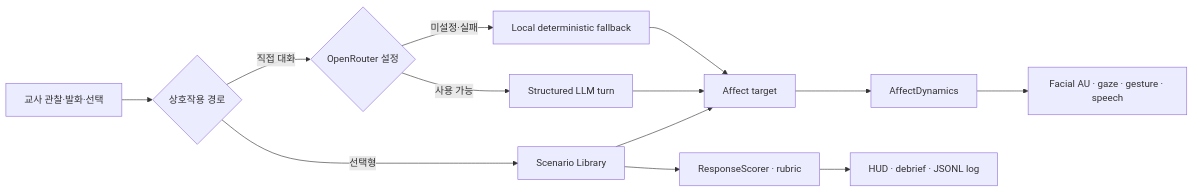
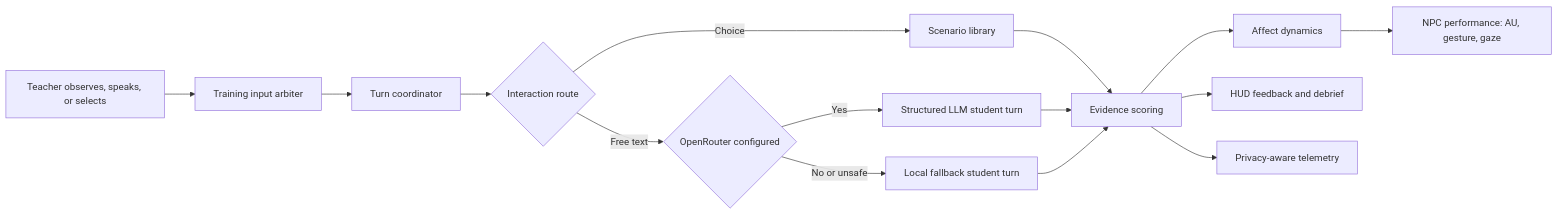
One commit to Educatian/korean-classroom-ai-teacher-training-sim changed the diagram in README.md. Above: the diagram before and after it, drawn with Mermaid. The commit also changed other lines of this file and 126 other files, not shown here.

````diff
--- a/README.md
+++ b/README.md
@@ -248,15 +193,17 @@
 ```mermaid
 flowchart LR
-    A["교사 관찰·발화·선택"] --> B{"상호작용 경로"}
-    B -->|"선택형"| C["Scenario Library"]
-    B -->|"직접 대화"| D{"OpenRouter 설정"}
-    D -->|"사용 가능"| E["Structured LLM turn"]
-    D -->|"미설정·실패"| F["Local deterministic fallback"]
-    C --> G["Affect target"]
-    E --> G
-    F --> G
-    G --> H["AffectDynamics"]
-    H --> I["Facial AU · gaze · gesture · speech"]
-    C --> J["ResponseScorer · rubric"]
-    J --> K["HUD · debrief · JSONL log"]
+    A["Teacher observes, speaks, or selects"] --> B["Training input arbiter"]
+    B --> C["Turn coordinator"]
+    C --> D{"Interaction route"}
+    D -->|"Choice"| E["Scenario library"]
+    D -->|"Free text"| F{"OpenRouter configured"}
+    F -->|"Yes"| G["Structured LLM student turn"]
+    F -->|"No or unsafe"| H["Local fallback student turn"]
+    E --> I["Evidence scoring"]
+    G --> I
+    H --> I
+    I --> J["Affect dynamics"]
+    J --> K["NPC performance: AU, gesture, gaze"]
+    I --> L["HUD feedback and debrief"]
+    I --> M["Privacy-aware telemetry"]
 ```
````
